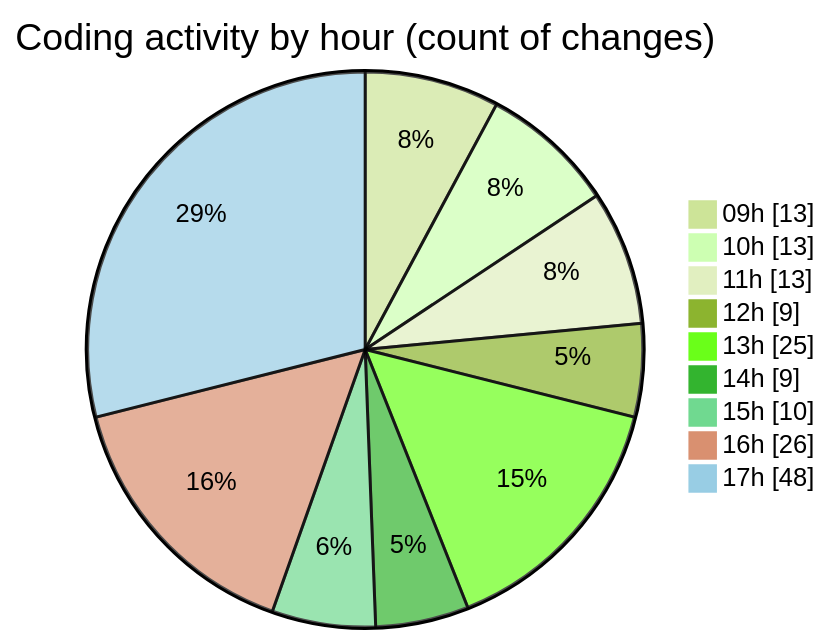
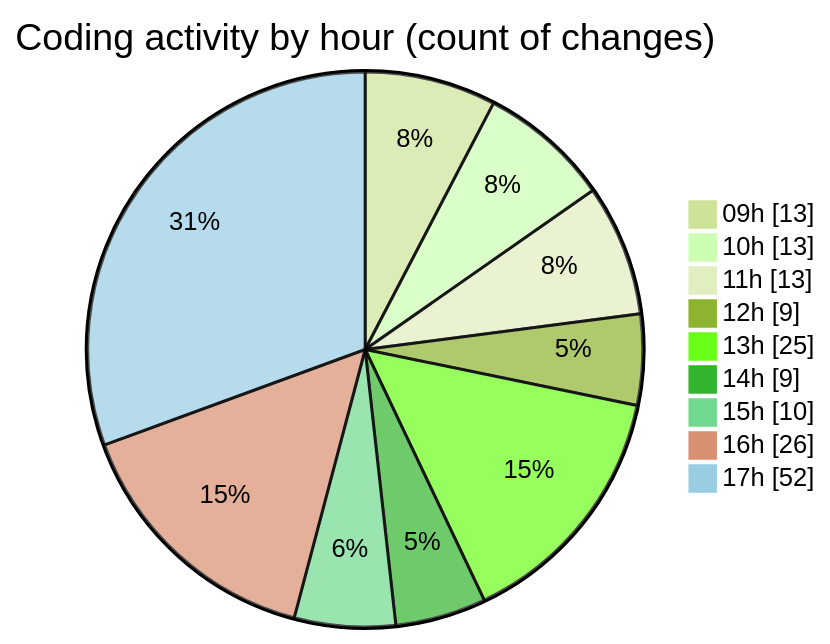
One commit to momahboobian/code-tracking changed the second of 2 diagrams in 2025-09-23/cda/README.md. Above: the diagram before and after it, drawn with Mermaid (forest theme). The commit also changed other lines of this file and 1 other file, not shown here.

````diff
--- a/2025-09-23/cda/README.md
+++ b/2025-09-23/cda/README.md
@@ -49,13 +49,13 @@
 ```mermaid
 pie showData
 title Coding activity by hour (count of changes)
 "09h" : 13
 "10h" : 13
 "11h" : 13
 "12h" : 9
 "13h" : 25
 "14h" : 9
 "15h" : 10
 "16h" : 26
-"17h" : 48
+"17h" : 52
 ```
````
